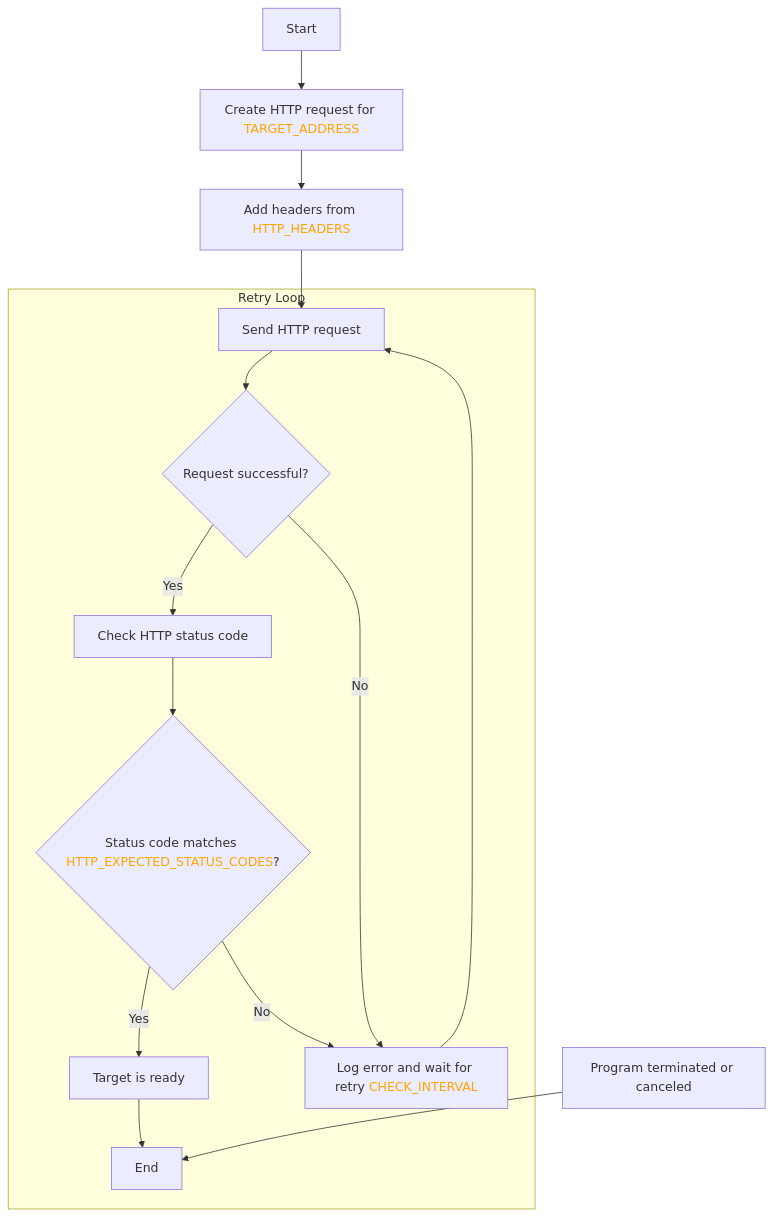
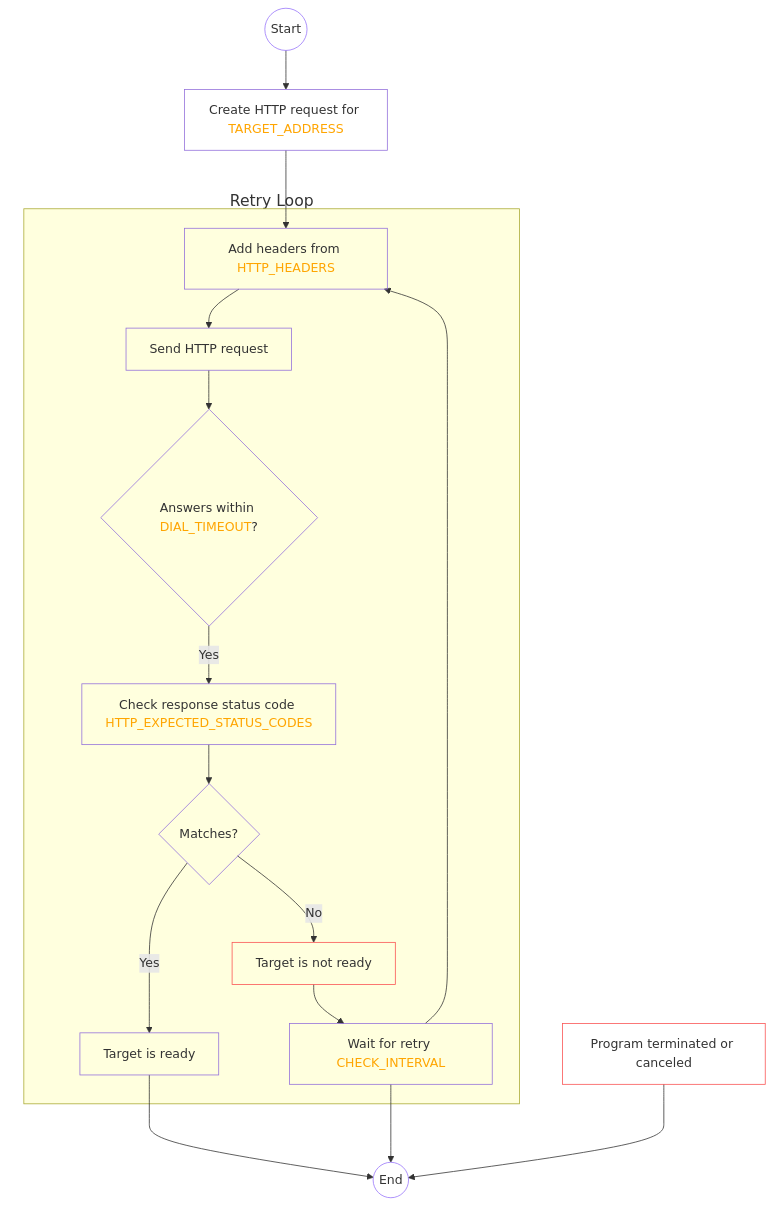
One commit to containeroo/portpatrol changed the first of 2 diagrams in README.md. Above: the diagram before and after it, drawn with Mermaid.

Commit message:
docs: improve http mermaid chart

````diff
--- a/README.md
+++ b/README.md
@@ -58,20 +58,45 @@
 ```mermaid
 flowchart TD;
-    A[Start] --> B[Create HTTP request for <font color=orange>TARGET_ADDRESS</font>];
+    classDef noFill fill:none;
+    classDef violet stroke:#9775fa;
+    classDef green stroke:#2f9e44;
+    classDef error stroke:#fa5252;
+    classDef decision fill:#1971c2;
+    classDef padding stroke:none,font-size:20px;
+
+    A((Start)) --> B[Create HTTP request for <font color=orange>TARGET_ADDRESS</font>];
+    class A violet;
+
     B --> C[Add headers from <font color=orange>HTTP_HEADERS</font>];
-    C --> D[Send HTTP request];
 
-    E -->|Yes| F[Check HTTP status code];
-    E -->|No| G[Log error and wait for retry <font color=orange>CHECK_INTERVAL</font>];
+    subgraph loop[Retry Loop]
+        subgraph inner[ ]
+            C --> D[Send HTTP request];
+            D --> E{Answers within <font color=orange>DIAL_TIMEOUT</font>?};
+            class E decision;
+            E -->|Yes| F[Check response status code <font color=orange>HTTP_EXPECTED_STATUS_CODES</font>];
+            F --> H{Matches?};
+            class H decision;
 
-    subgraph Retry Loop
-        G --> D;
-           D --> E{Request successful?};
-        F --> H{Status code matches <font color=orange>HTTP_EXPECTED_STATUS_CODES</font>?};
-    H -->|Yes| I[Target is ready];
-    H -->|No| G;
-    I --> J[End];
+            H -->|Yes| I[Target is ready];
+            class I success;
+
+            H -->|No| G[Target is not ready];
+            class G error;
+            G --> J[Wait for retry <font color=orange>CHECK_INTERVAL</font>];
+            J --> C;
+        end
     end
 
-    K[Program terminated or canceled] --> J;
+    J --> Z((End));
+    class Z violet;
+    I --> Z;
+
+
+
+    K[Program terminated or canceled] --> Z;
+    class K error;
+
+class A,B,C,D,E,F,G,H,I,J,K,Z,loop noFill;
+class loop padding;
 ```
````
